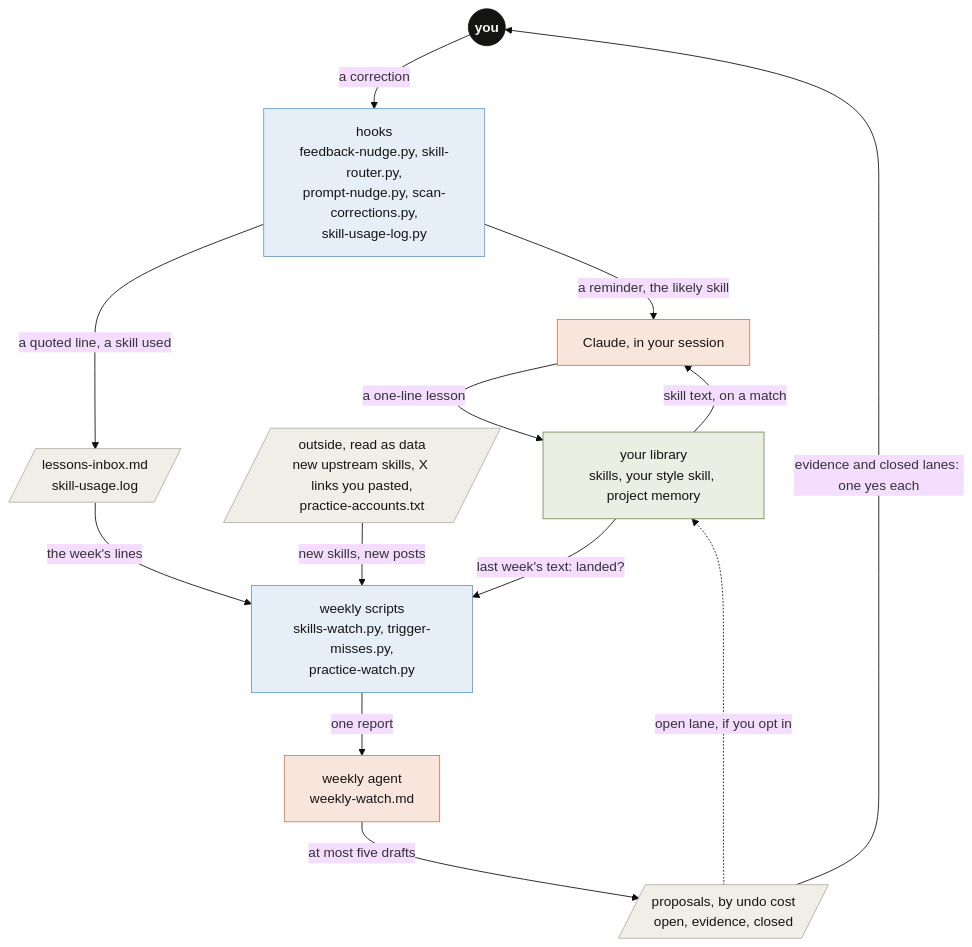
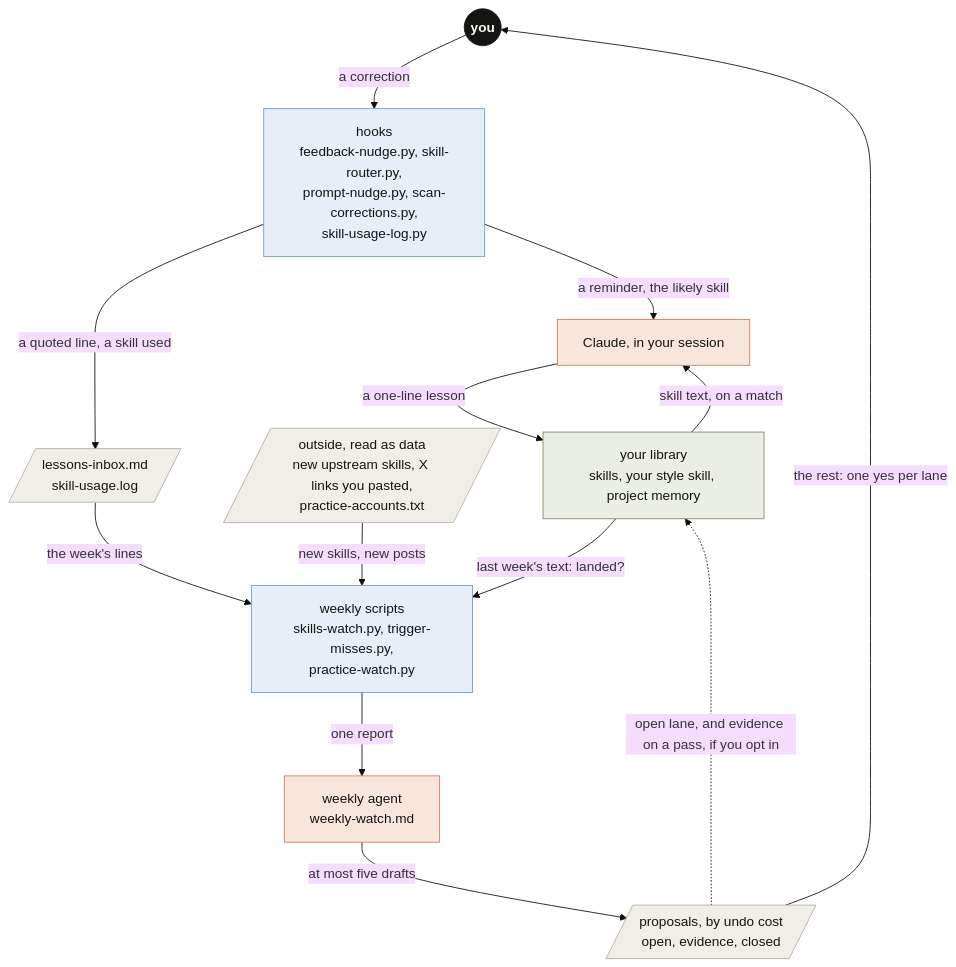
One commit to kat-titter/claude-code-learns changed the diagram in AGENTS.md. Above: the diagram before and after it, drawn with Mermaid (base theme). The commit also changed other lines of this file and 7 other files, not shown here.

First line of the commit message:
docs: the evidence lane applies on a passing gate

````diff
--- a/AGENTS.md
+++ b/AGENTS.md
@@ -13,34 +13,34 @@
 ```mermaid
 flowchart TB
   you(("you"))
   hooks["hooks<br/>feedback-nudge.py, skill-router.py,<br/>prompt-nudge.py, scan-corrections.py,<br/>skill-usage-log.py"]
   claude["Claude, in your session"]
   logs[/"lessons-inbox.md<br/>skill-usage.log"/]
   lib["your library<br/>skills, your style skill, project memory"]
   scripts["weekly scripts<br/>skills-watch.py, trigger-misses.py,<br/>practice-watch.py"]
   outside[/"outside, read as data<br/>new upstream skills, X links you pasted,<br/>practice-accounts.txt"/]
   agent["weekly agent<br/>weekly-watch.md"]
   props[/"proposals, by undo cost<br/>open, evidence, closed"/]
   you -->|"a correction"| hooks
   hooks -->|"a reminder, the likely skill"| claude
   claude -->|"a one-line lesson"| lib
   lib -->|"skill text, on a match"| claude
   hooks -->|"a quoted line, a skill used"| logs
   logs -->|"the week's lines"| scripts
   outside -->|"new skills, new posts"| scripts
   lib -->|"last week's text: landed?"| scripts
   scripts -->|"one report"| agent
   agent -->|"at most five drafts"| props
-  props -.->|"open lane, if you opt in"| lib
-  props -->|"evidence and closed lanes: one yes each"| you
+  props -.->|"open lane, and evidence on a pass, if you opt in"| lib
+  props -->|"the rest: one yes per lane"| you
   classDef person fill:#141413,stroke:#141413,color:#faf9f5,font-weight:bold
   classDef code fill:#e6eef7,stroke:#6a9bcc,color:#141413
   classDef claude fill:#f8e6dd,stroke:#d97757,color:#141413
   classDef keep fill:#ebeee2,stroke:#788c5d,color:#141413
   classDef file fill:#f0eee6,stroke:#b0aea5,color:#141413
   class you person
   class hooks,scripts code
   class claude,agent claude
   class lib keep
   class logs,outside,props file
 ```
````
